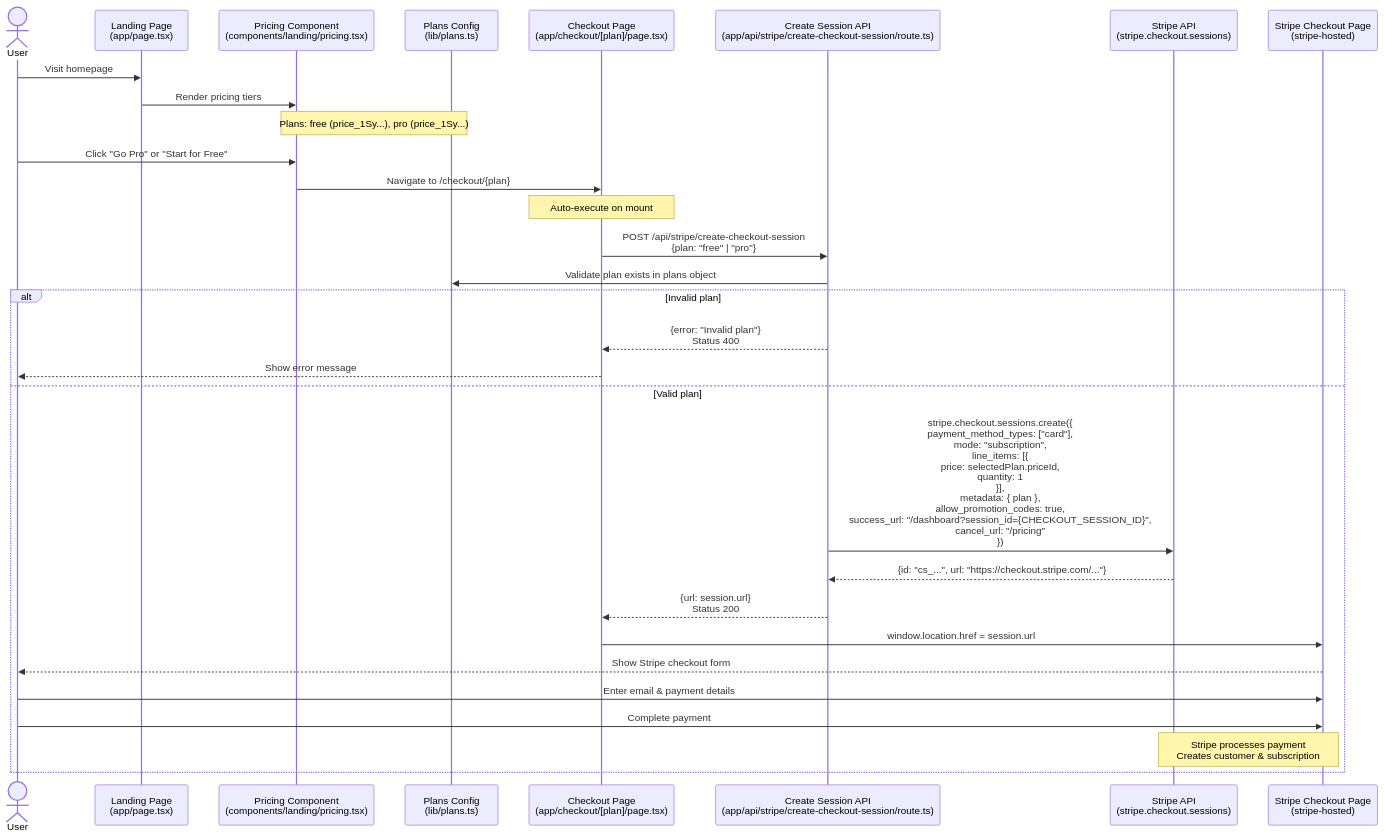
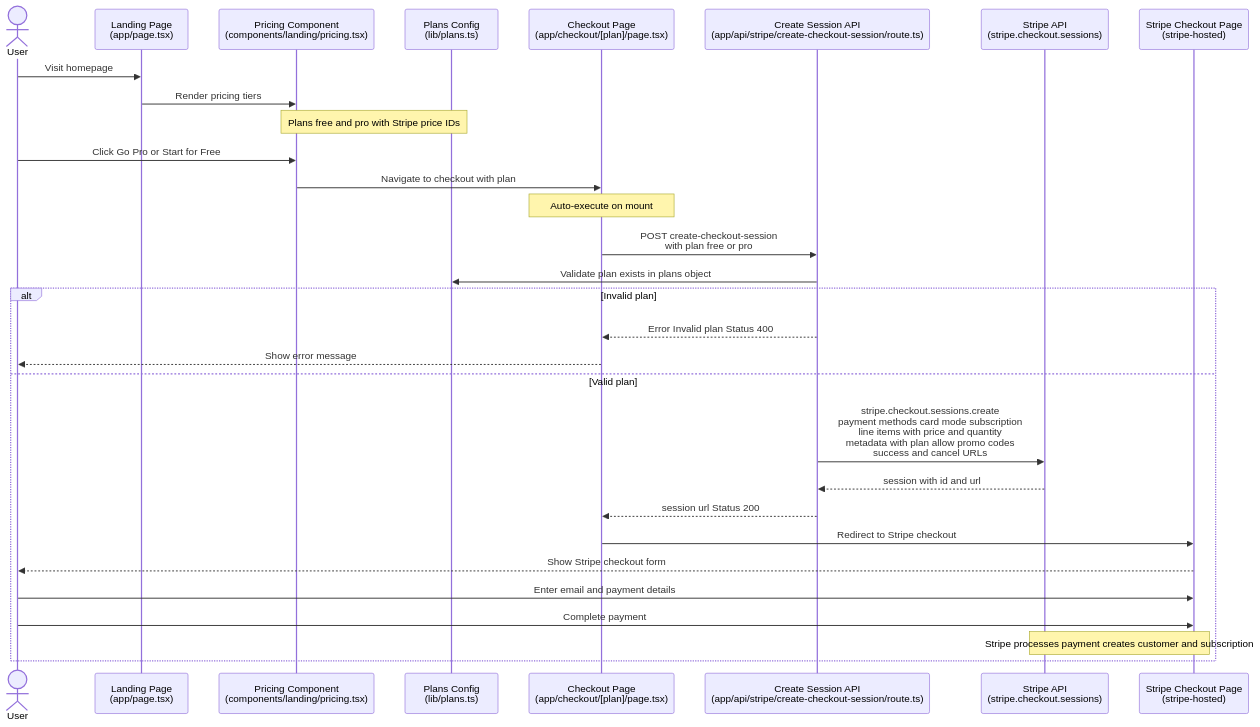
Before and after one commit to daniarthurwidodo/next-crm: the third of 5 diagrams in docs/WORKFLOWS.md, drawn with Mermaid. The commit also changed other lines of this file, not shown here.

Commit message:
refactor(workflows): improve clarity and consistency in sequence diagrams for authentication and registration processes

````diff
--- a/docs/WORKFLOWS.md
+++ b/docs/WORKFLOWS.md
@@ -180,42 +180,42 @@
 ```mermaid
 sequenceDiagram
     actor User
     participant Landing as Landing Page<br/>(app/page.tsx)
     participant Pricing as Pricing Component<br/>(components/landing/pricing.tsx)
     participant Plans as Plans Config<br/>(lib/plans.ts)
     participant Checkout as Checkout Page<br/>(app/checkout/[plan]/page.tsx)
     participant API as Create Session API<br/>(app/api/stripe/create-checkout-session/route.ts)
     participant Stripe as Stripe API<br/>(stripe.checkout.sessions)
     participant StripePage as Stripe Checkout Page<br/>(stripe-hosted)
 
     User->>Landing: Visit homepage
     Landing->>Pricing: Render pricing tiers
     
-    Note over Pricing,Plans: Plans: free (price_1Sy...), pro (price_1Sy...)
+    Note over Pricing,Plans: Plans free and pro with Stripe price IDs
     
-    User->>Pricing: Click "Go Pro" or "Start for Free"
-    Pricing->>Checkout: Navigate to /checkout/{plan}
+    User->>Pricing: Click Go Pro or Start for Free
+    Pricing->>Checkout: Navigate to checkout with plan
     
     Note over Checkout: Auto-execute on mount
-    Checkout->>API: POST /api/stripe/create-checkout-session<br/>{plan: "free" | "pro"}
+    Checkout->>API: POST create-checkout-session<br/>with plan free or pro
     
     API->>Plans: Validate plan exists in plans object
     
     alt Invalid plan
-        API-->>Checkout: {error: "Invalid plan"}<br/>Status 400
+        API-->>Checkout: Error Invalid plan Status 400
         Checkout-->>User: Show error message
     else Valid plan
-        API->>Stripe: stripe.checkout.sessions.create({<br/>  payment_method_types: ["card"],<br/>  mode: "subscription",<br/>  line_items: [{<br/>    price: selectedPlan.priceId,<br/>    quantity: 1<br/>  }],<br/>  metadata: { plan },<br/>  allow_promotion_codes: true,<br/>  success_url: "/dashboard?session_id={CHECKOUT_SESSION_ID}",<br/>  cancel_url: "/pricing"<br/>})
+        API->>Stripe: stripe.checkout.sessions.create<br/>payment methods card mode subscription<br/>line items with price and quantity<br/>metadata with plan allow promo codes<br/>success and cancel URLs
         
-        Stripe-->>API: {id: "cs_...", url: "https://checkout.stripe.com/..."}
-        API-->>Checkout: {url: session.url}<br/>Status 200
+        Stripe-->>API: session with id and url
+        API-->>Checkout: session url Status 200
         
-        Checkout->>StripePage: window.location.href = session.url
+        Checkout->>StripePage: Redirect to Stripe checkout
         StripePage-->>User: Show Stripe checkout form
         
-        User->>StripePage: Enter email & payment details
+        User->>StripePage: Enter email and payment details
         User->>StripePage: Complete payment
         
-        Note over StripePage,Stripe: Stripe processes payment<br/>Creates customer & subscription
+        Note over StripePage,Stripe: Stripe processes payment creates customer and subscription
     end
 ```
````
